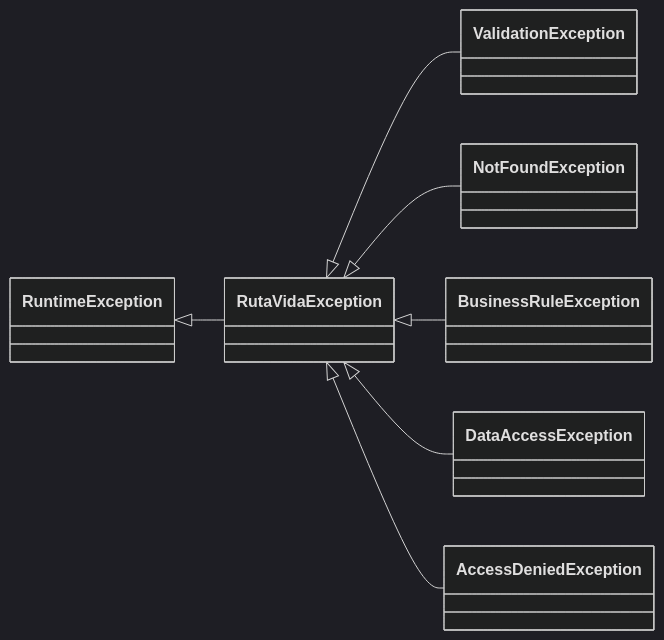
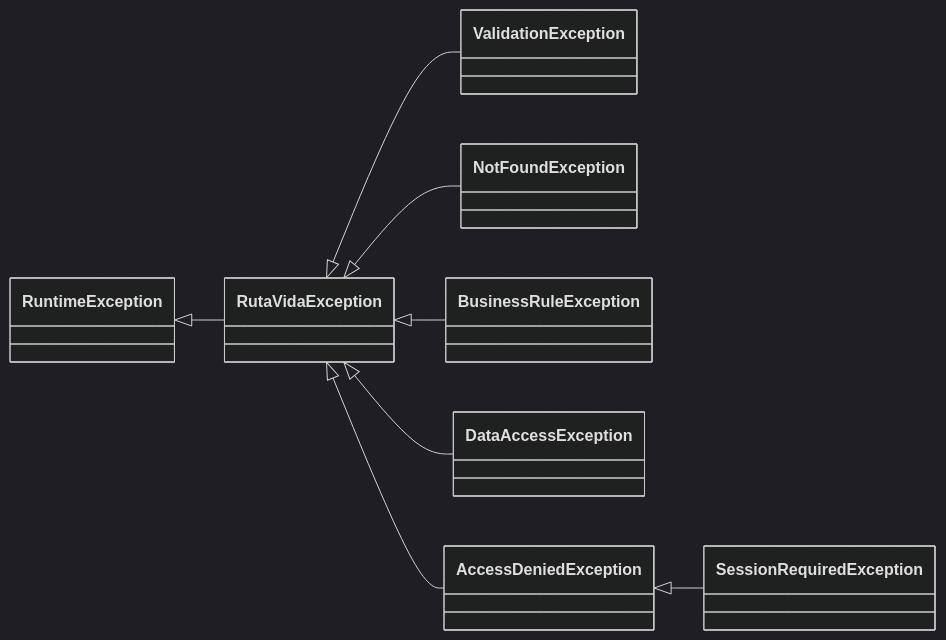
Before and after one commit to afzabaleta/RutaVida: diagram 21 of 24 in docs/class-diagram.md, drawn with Mermaid (dark theme). The commit also changed other lines of this file, not shown here.

Commit message:
fix: sync class diagram after rebase

````diff
--- a/docs/class-diagram.md
+++ b/docs/class-diagram.md
@@ -1639,23 +1635,25 @@
 ```mermaid
 ---
 config:
   markdownAutoWrap: false
 ---
 classDiagram
     direction LR
 
     class RuntimeException
     class RutaVidaException
     class ValidationException
     class NotFoundException
     class BusinessRuleException
     class DataAccessException
     class AccessDeniedException
+    class SessionRequiredException
 
     RuntimeException <|-- RutaVidaException
     RutaVidaException <|-- ValidationException
     RutaVidaException <|-- NotFoundException
     RutaVidaException <|-- BusinessRuleException
     RutaVidaException <|-- DataAccessException
     RutaVidaException <|-- AccessDeniedException
+    AccessDeniedException <|-- SessionRequiredException
 ```
````
